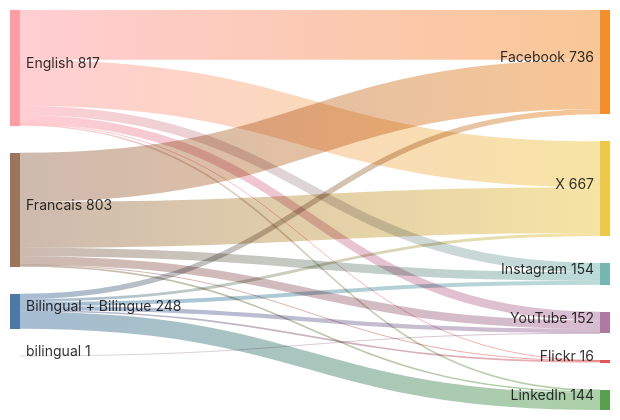
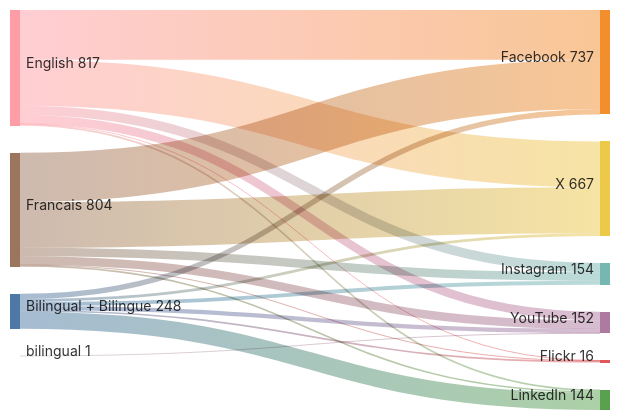
One commit to PatLittle/GC-Socials changed the diagram in sankey_diagram.md. Above: the diagram before and after it, drawn with Mermaid.

Commit message:
Update Sankey diagram for the most recent day

````diff
--- a/sankey_diagram.md
+++ b/sankey_diagram.md
@@ -1,22 +1,22 @@
 ```mermaid
 sankey-beta
   Bilingual + Bilingue,Facebook,38
   Bilingual + Bilingue,Flickr,11
   Bilingual + Bilingue,Instagram,28
   Bilingual + Bilingue,LinkedIn,121
   Bilingual + Bilingue,X,20
   Bilingual + Bilingue,YouTube,30
   English,Facebook,351
   English,Flickr,3
   English,Instagram,66
   English,LinkedIn,12
   English,X,324
   English,YouTube,61
-  Francais,Facebook,347
+  Francais,Facebook,348
   Francais,Flickr,2
   Francais,Instagram,60
   Francais,LinkedIn,11
   Francais,X,323
   Francais,YouTube,60
   bilingual,YouTube,1
 ```
````
